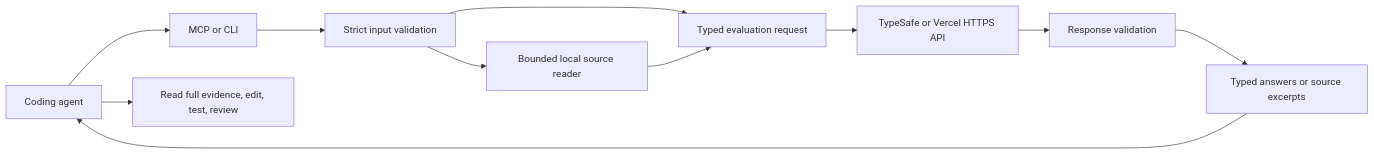
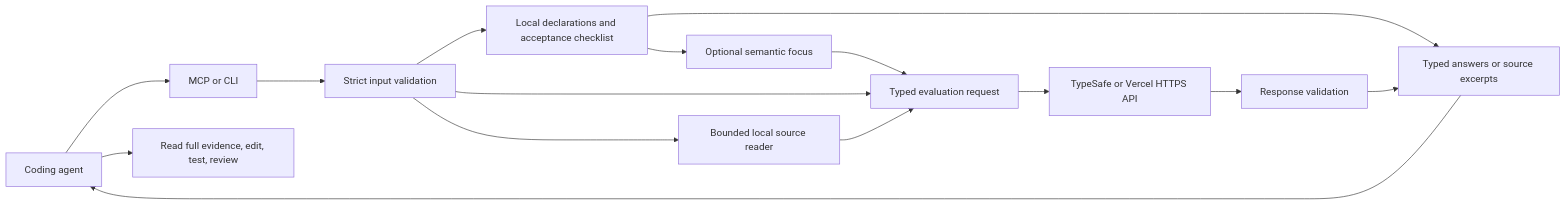
The diagram in docs/architecture.md (bhrenno2000/jev-agent-kit), drawn with Mermaid before and after one commit. The commit also changed other lines of this file and 153 other files, not shown here.

````diff
--- a/docs/architecture.md
+++ b/docs/architecture.md
@@ -3,13 +3,17 @@
 ```mermaid
 flowchart LR
   A[Coding agent] --> B[MCP or CLI]
   B --> C[Strict input validation]
   C --> D[Bounded local source reader]
+  C --> J[Local declarations and acceptance checklist]
+  J --> H
+  J --> K[Optional semantic focus]
+  K --> E
   C --> E[Typed evaluation request]
   D --> E
   E --> F[TypeSafe or Vercel HTTPS API]
   F --> G[Response validation]
   G --> H[Typed answers or source excerpts]
   H --> A
   A --> I[Read full evidence, edit, test, review]
 ```
````
